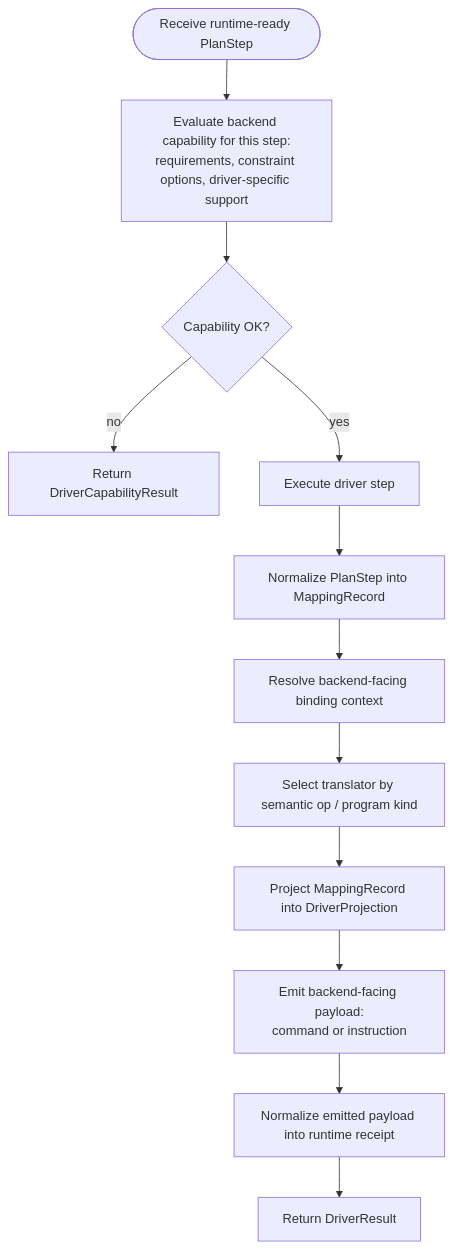
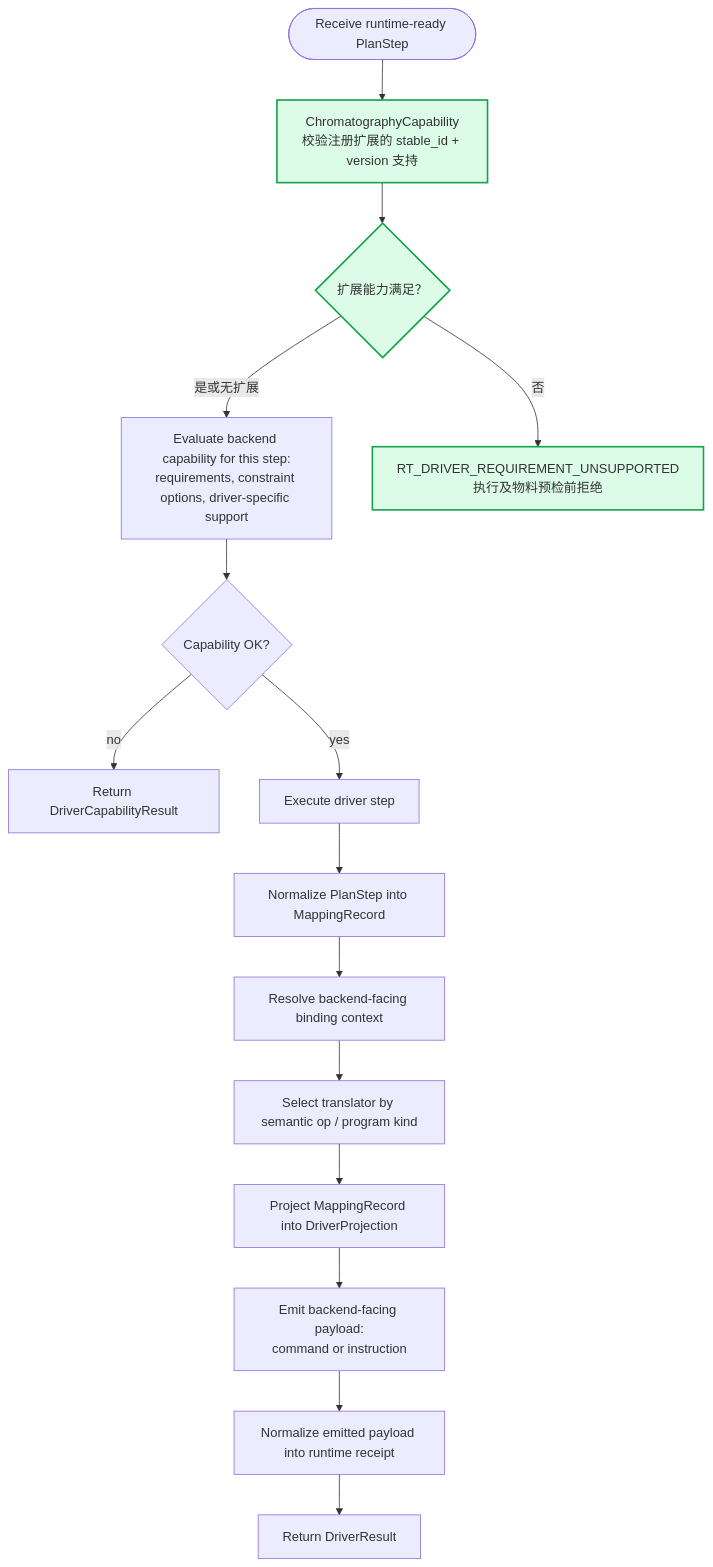
One commit to culsma/culsma changed the first of 5 diagrams in docs/architecture/driver_module_diagrams.md. Above: the diagram before and after it, drawn with Mermaid. The commit also changed other lines of this file and 14 other files, not shown here.

````diff
--- a/docs/architecture/driver_module_diagrams.md
+++ b/docs/architecture/driver_module_diagrams.md
@@ -38,27 +39,34 @@
 ```mermaid
 flowchart TB
     Start(["Receive runtime-ready PlanStep"])
     Check["Evaluate backend capability for this step:<br/>requirements, constraint options, driver-specific support"]
     Capability{"Capability OK?"}
     ReturnCapability["Return DriverCapabilityResult"]
     Execute["Execute driver step"]
     Normalize["Normalize PlanStep into MappingRecord"]
     Bind["Resolve backend-facing binding context"]
     Select["Select translator by semantic op / program kind"]
     Project["Project MappingRecord into DriverProjection"]
     Emit["Emit backend-facing payload:<br/>command or instruction"]
     Receipt["Normalize emitted payload into runtime receipt"]
     ReturnResult["Return DriverResult"]
 
-    Start --> Check
+    Extension["ChromatographyCapability<br/>校验注册扩展的 stable_id + version 支持"]
+    ExtensionOK{"扩展能力满足？"}
+    ExtensionReject["RT_DRIVER_REQUIREMENT_UNSUPPORTED<br/>执行及物料预检前拒绝"]
+    Start --> Extension --> ExtensionOK
+    ExtensionOK -->|是或无扩展| Check
+    ExtensionOK -->|否| ExtensionReject
+    classDef added fill:#dcfce7,stroke:#16a34a,stroke-width:2px
+    class Extension,ExtensionOK,ExtensionReject added
     Check --> Capability
     Capability -->|no| ReturnCapability
     Capability -->|yes| Execute
     Execute --> Normalize
     Normalize --> Bind
     Bind --> Select
     Select --> Project
     Project --> Emit
     Emit --> Receipt
     Receipt --> ReturnResult
 ```
````
